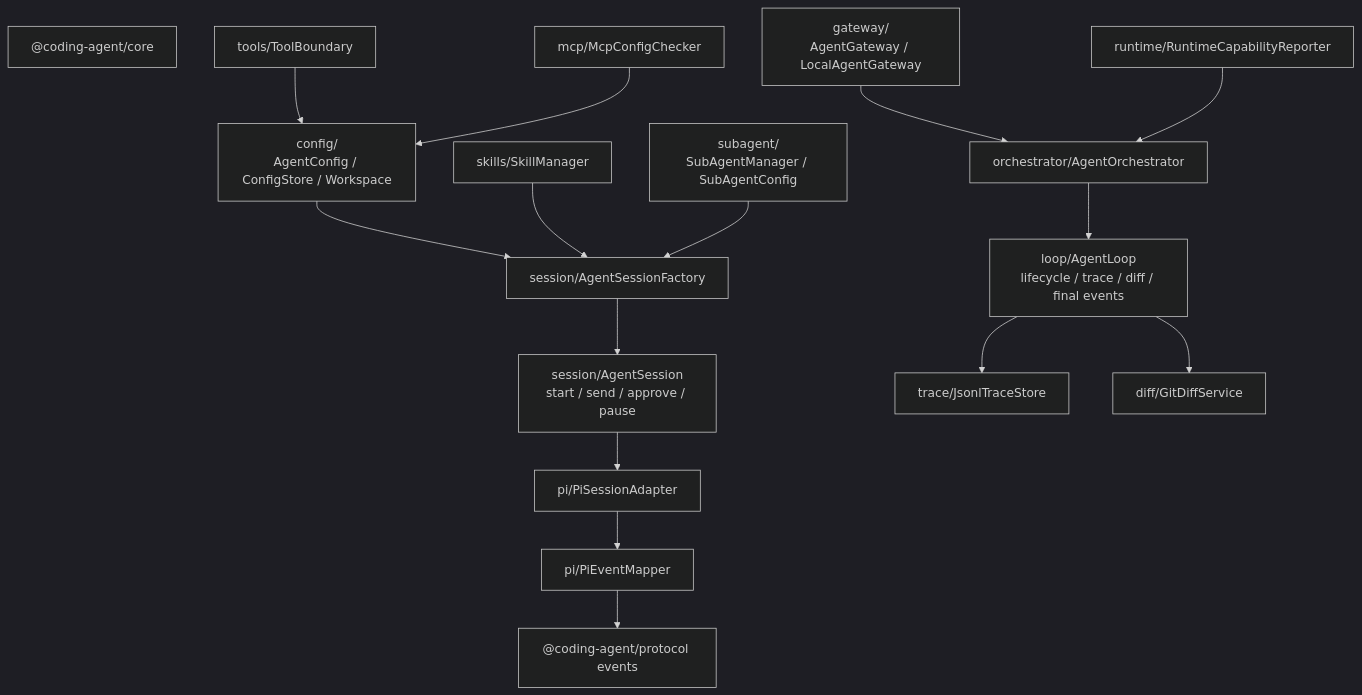
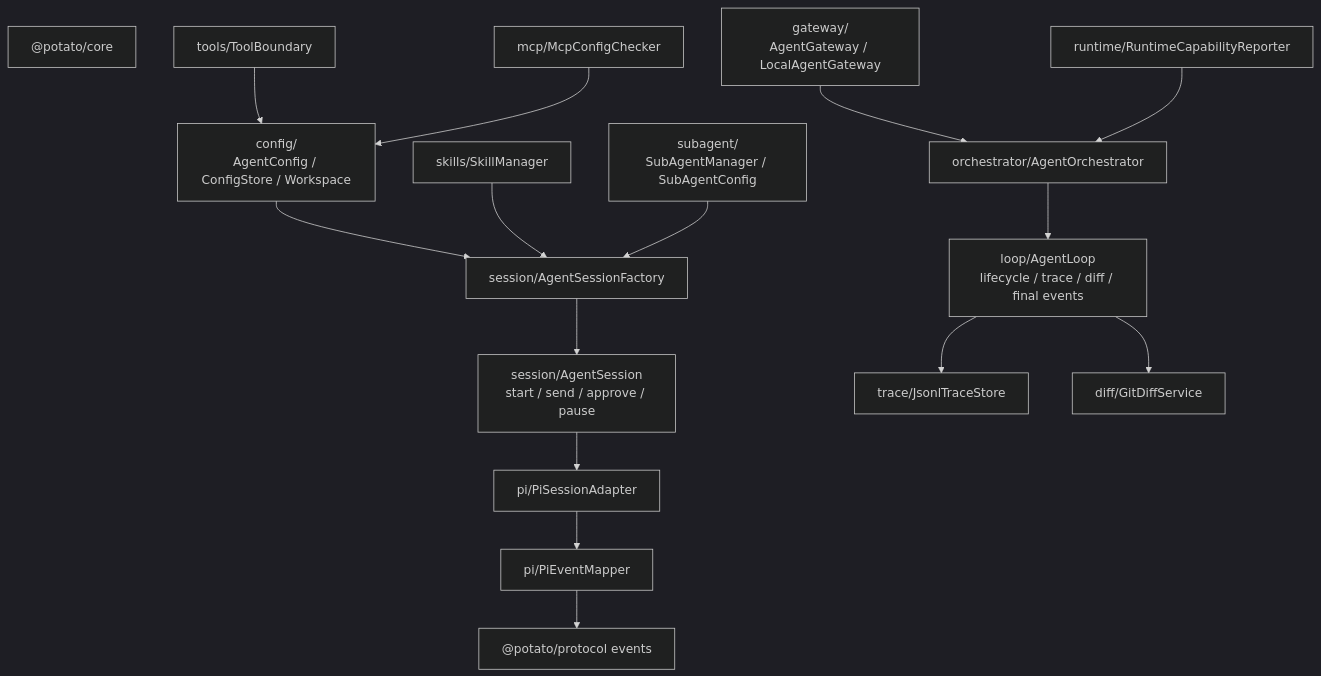
One commit to CrazyMrYan/potato-agent changed the fourth of 6 diagrams in wiki/architecture.md. Above: the diagram before and after it, drawn with Mermaid (dark theme). The commit also changed other lines of this file and 55 other files, not shown here.

````diff
--- a/wiki/architecture.md
+++ b/wiki/architecture.md
@@ -134,22 +134,22 @@
 ```mermaid
 flowchart TB
-    Core["@coding-agent/core"]
+    Core["@potato/core"]
 
     Config["config/<br/>AgentConfig / ConfigStore / Workspace"] --> SessionFactory["session/AgentSessionFactory"]
     Skills["skills/SkillManager"] --> SessionFactory
     SubAgents["subagent/<br/>SubAgentManager / SubAgentConfig"] --> SessionFactory
 
     SessionFactory --> Session["session/AgentSession<br/>start / send / approve / pause"]
     Session --> PiAdapter["pi/PiSessionAdapter"]
     PiAdapter --> PiMapper["pi/PiEventMapper"]
-    PiMapper --> ProtocolEvents["@coding-agent/protocol events"]
+    PiMapper --> ProtocolEvents["@potato/protocol events"]
 
     Gateway["gateway/<br/>AgentGateway / LocalAgentGateway"] --> Orchestrator["orchestrator/AgentOrchestrator"]
     Orchestrator --> Loop["loop/AgentLoop<br/>lifecycle / trace / diff / final events"]
     Loop --> Trace["trace/JsonlTraceStore"]
     Loop --> Diff["diff/GitDiffService"]
 
     Tools["tools/ToolBoundary"] --> Config
     MCP["mcp/McpConfigChecker"] --> Config
     Runtime["runtime/RuntimeCapabilityReporter"] --> Orchestrator
 ```
````
